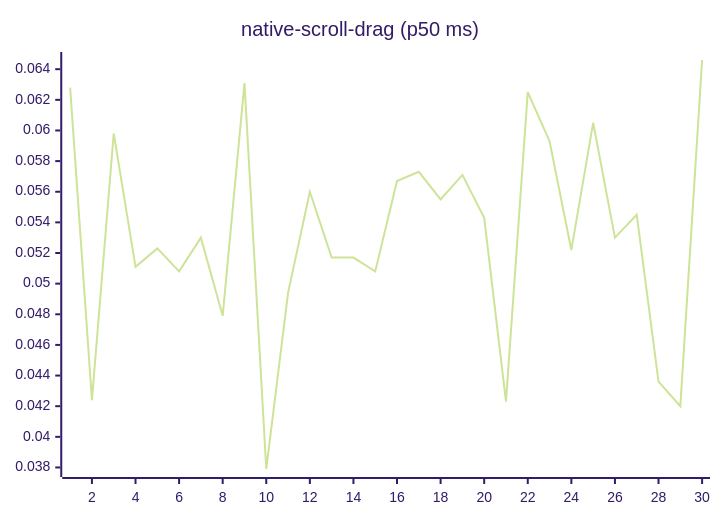
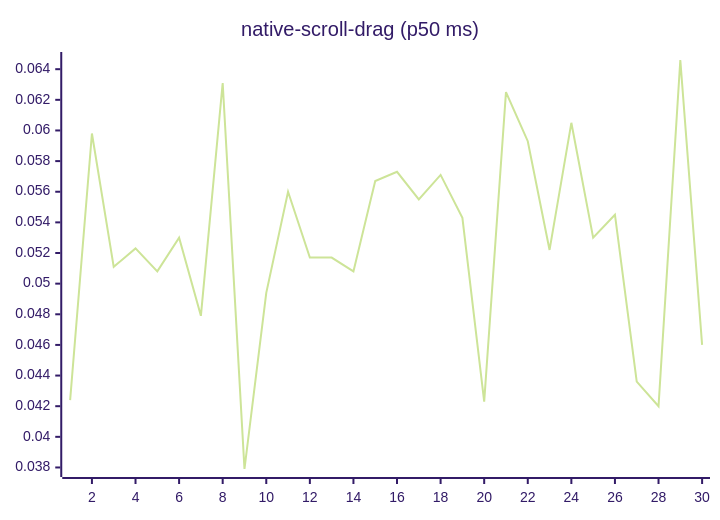
Diagram 14 of 27 in README.md (josha/Facet), drawn with Mermaid (forest theme) before and after one commit. The commit also changed other lines of this file and 2 other files, not shown here.

````diff
--- a/README.md
+++ b/README.md
@@ -154,6 +154,6 @@
 ```mermaid
 xychart-beta
     title "native-scroll-drag (p50 ms)"
     x-axis 1 --> 30
-    line [0.0628, 0.0424, 0.0598, 0.0511, 0.0523, 0.0508, 0.0530, 0.0479, 0.0631, 0.0379, 0.0494, 0.0560, 0.0517, 0.0517, 0.0508, 0.0567, 0.0573, 0.0555, 0.0571, 0.0543, 0.0423, 0.0625, 0.0593, 0.0522, 0.0605, 0.0530, 0.0545, 0.0436, 0.0420, 0.0646]
+    line [0.0424, 0.0598, 0.0511, 0.0523, 0.0508, 0.0530, 0.0479, 0.0631, 0.0379, 0.0494, 0.0560, 0.0517, 0.0517, 0.0508, 0.0567, 0.0573, 0.0555, 0.0571, 0.0543, 0.0423, 0.0625, 0.0593, 0.0522, 0.0605, 0.0530, 0.0545, 0.0436, 0.0420, 0.0646, 0.0460]
 ```
````
